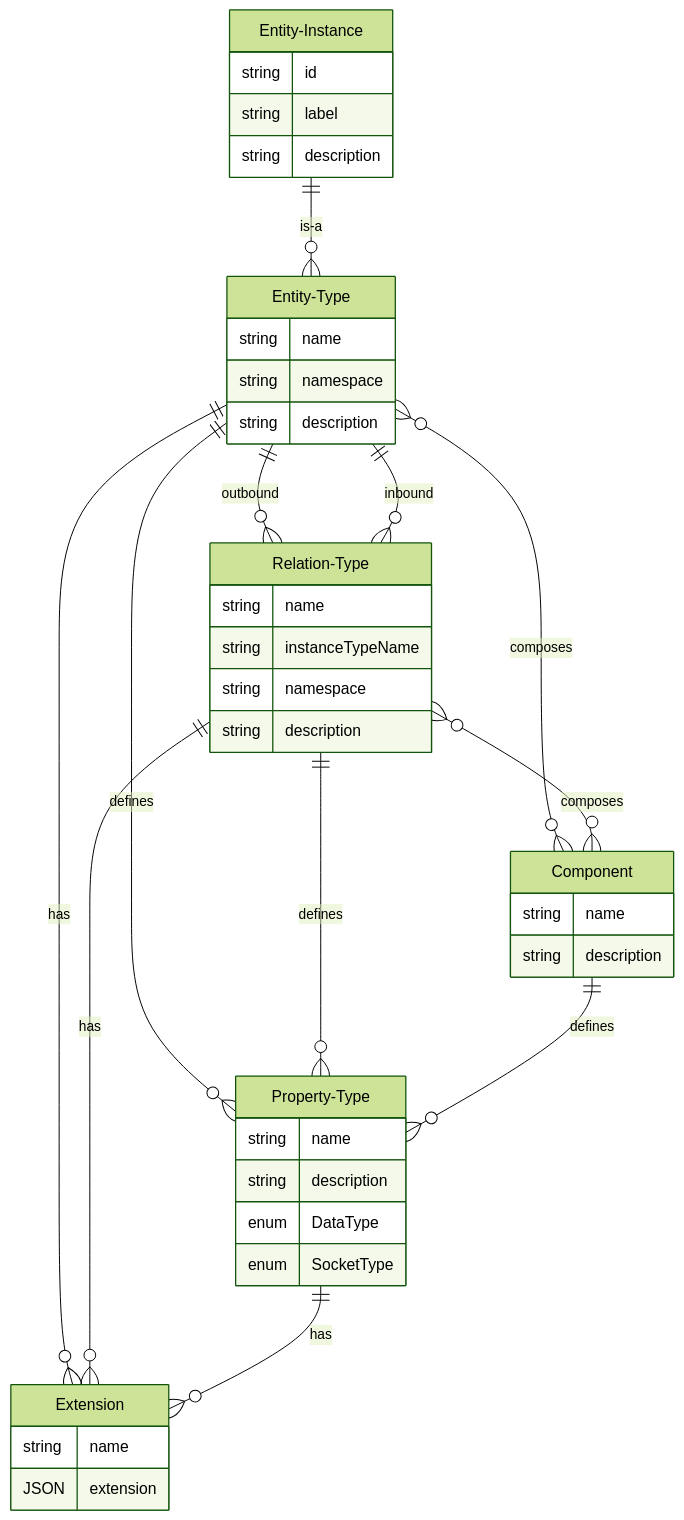
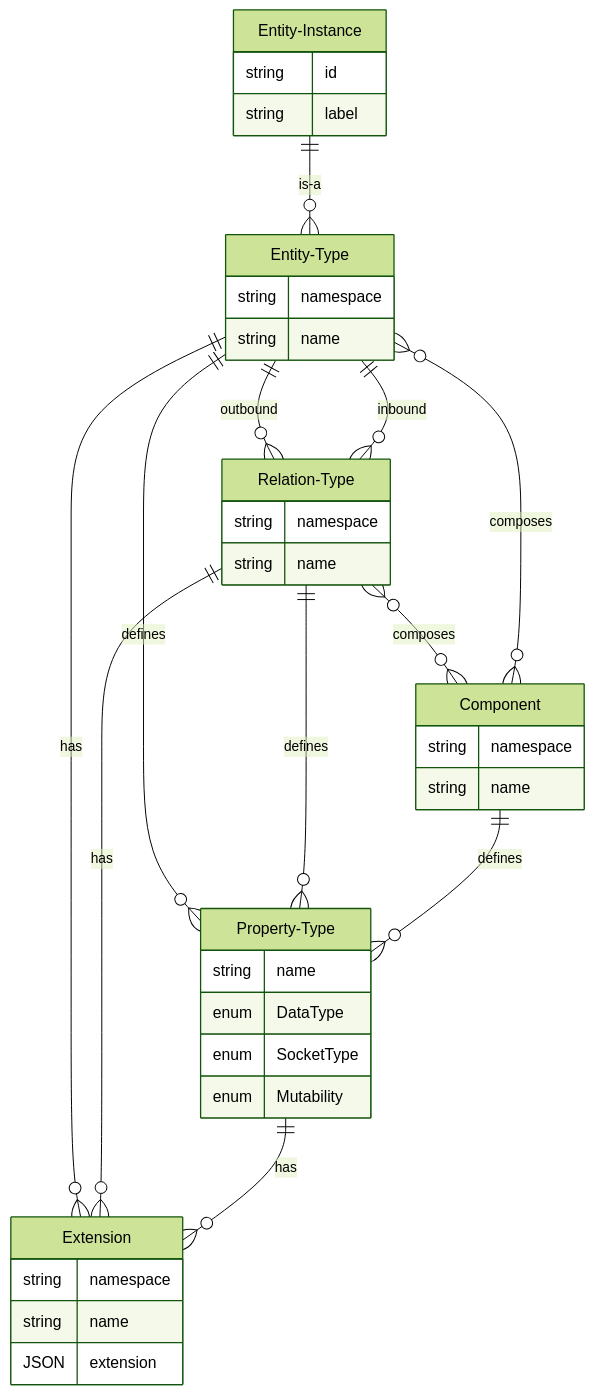
One commit to reactive-graph/reactive-graph changed the diagram in docs/inexor-rgf/src/Model_Entity_Type.md. Above: the diagram before and after it, drawn with Mermaid (forest theme). The commit also changed other lines of this file and 8 other files, not shown here.

````diff
--- a/docs/inexor-rgf/src/Model_Entity_Type.md
+++ b/docs/inexor-rgf/src/Model_Entity_Type.md
@@ -19,44 +19,41 @@
 ```mermaid
 erDiagram
     Entity-Type {
+        string namespace
         string name
-        string namespace
-        string description
     }
     Entity-Instance {
         string id
         string label
-        string description
     }
     Extension {
+        string namespace
         string name
         JSON extension
     }
     Component {
+        string namespace
         string name
-        string description
     }
     Property-Type {
         string name
-        string description
         enum DataType
         enum SocketType
+        enum Mutability
     }
     Relation-Type {
+        string namespace
         string name
-        string instanceTypeName
-        string namespace
-        string description
     }
-    Entity-Type o{--}o Component : composes
     Entity-Type ||--}o Property-Type : defines
     Relation-Type ||--}o Property-Type : defines
     Component ||--}o Property-Type : defines
     Entity-Type ||--}o Relation-Type : outbound
     Entity-Type ||--}o Relation-Type : inbound
     Relation-Type o{--}o Component : composes
     Entity-Type ||--}o Extension : has
     Relation-Type ||--}o Extension : has
     Property-Type ||--}o Extension : has
     Entity-Instance ||--}o Entity-Type : is-a
+    Entity-Type o{--}o Component : composes
 ```
````
